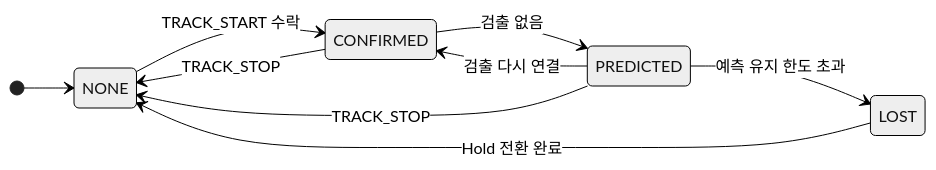
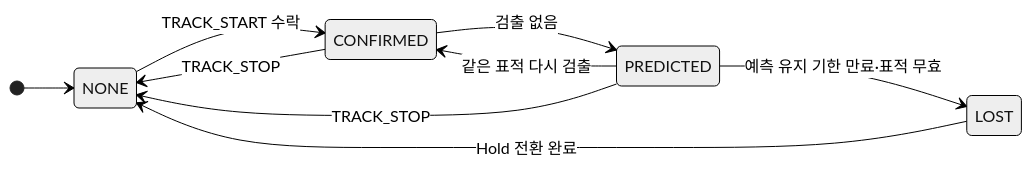
The second of 2 diagrams in docs/design/uml/state_machine.md (lig-argus/argus-edge-vision), drawn with Mermaid (neutral theme) before and after one commit. The commit also changed other lines of this file and 3 other files, not shown here.

First line of the commit message:
docs: UML 표적 상태 transition 확정, FC 표본·단조 시각 표현 수정

````diff
--- a/docs/design/uml/state_machine.md
+++ b/docs/design/uml/state_machine.md
@@ -64,12 +64,12 @@
 ```mermaid
 stateDiagram-v2
     direction LR
     [*] --> NONE
     NONE --> CONFIRMED : TRACK_START 수락
     CONFIRMED --> PREDICTED : 검출 없음
-    PREDICTED --> CONFIRMED : 검출 다시 연결
-    PREDICTED --> LOST : 예측 유지 한도 초과
+    PREDICTED --> CONFIRMED : 같은 표적 다시 검출
+    PREDICTED --> LOST : 예측 유지 기한 만료·표적 무효
     CONFIRMED --> NONE : TRACK_STOP
     PREDICTED --> NONE : TRACK_STOP
     LOST --> NONE : Hold 전환 완료
 ```
````
